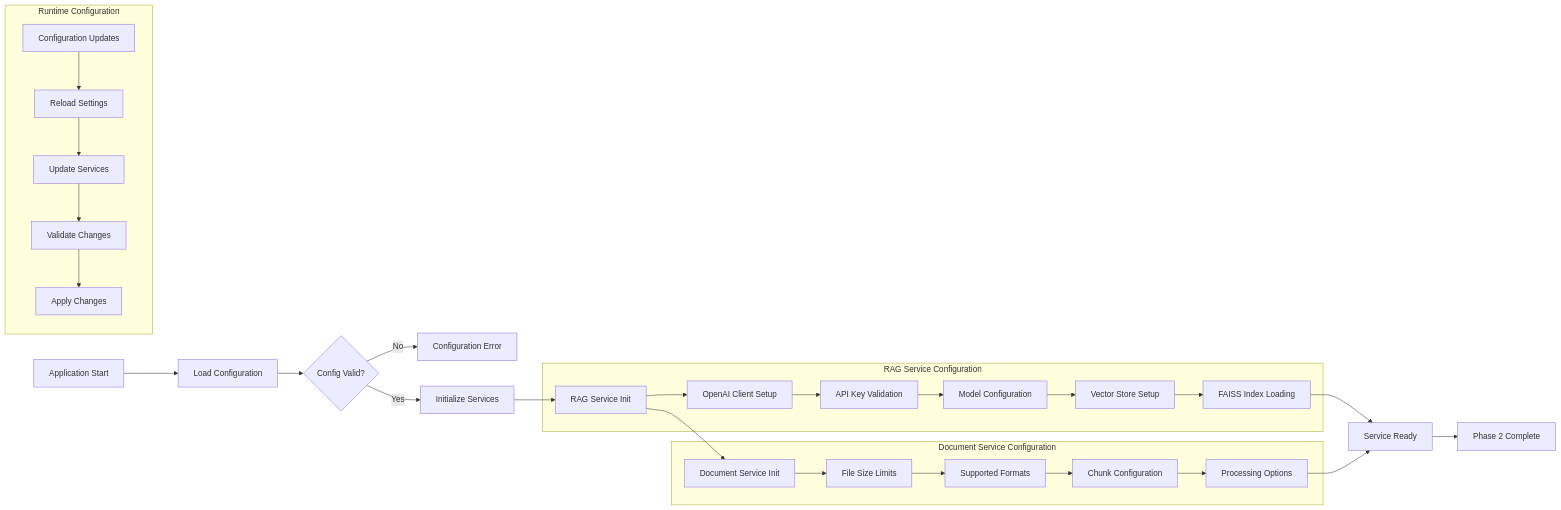
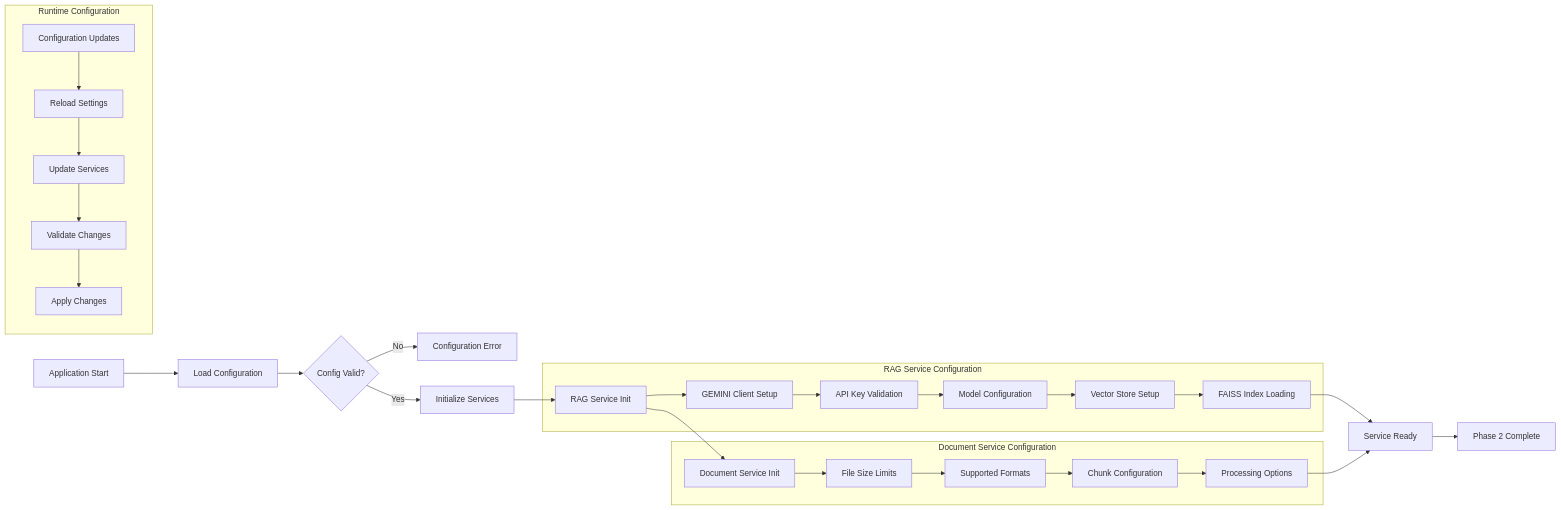
Before and after one commit to rahulsamant37/HackRx_Bajaj_Hackathon: the eighth of 11 diagrams in docs/diagrams/phase-2-core-rag-workflow.md, drawn with Mermaid. The commit also changed other lines of this file and 9 other files, not shown here.

````diff
--- a/docs/diagrams/phase-2-core-rag-workflow.md
+++ b/docs/diagrams/phase-2-core-rag-workflow.md
@@ -354,36 +354,36 @@
 ```mermaid
 graph LR
     A[Application Start] --> B[Load Configuration]
     B --> C{Config Valid?}
     C -->|No| D[Configuration Error]
     C -->|Yes| E[Initialize Services]
     
     E --> F[RAG Service Init]
     F --> G[Document Service Init]
     
     subgraph "RAG Service Configuration"
-        F --> F1[OpenAI Client Setup]
+        F --> F1[GEMINI Client Setup]
         F1 --> F2[API Key Validation]
         F2 --> F3[Model Configuration]
         F3 --> F4[Vector Store Setup]
         F4 --> F5[FAISS Index Loading]
     end
     
     subgraph "Document Service Configuration"
         G --> G1[File Size Limits]
         G1 --> G2[Supported Formats]
         G2 --> G3[Chunk Configuration]
         G3 --> G4[Processing Options]
     end
     
     subgraph "Runtime Configuration"
         H[Configuration Updates] --> I[Reload Settings]
         I --> J[Update Services]
         J --> K[Validate Changes]
         K --> L[Apply Changes]
     end
     
     F5 --> M[Service Ready]
     G4 --> M
     M --> N[Phase 2 Complete]
 ```
````
